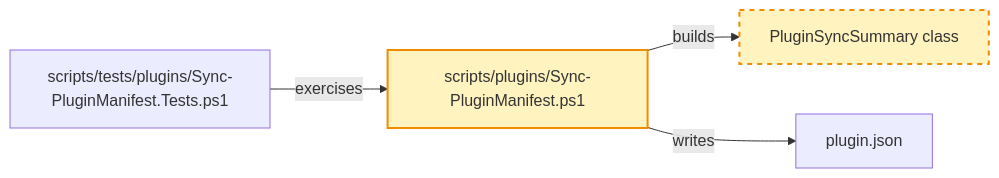
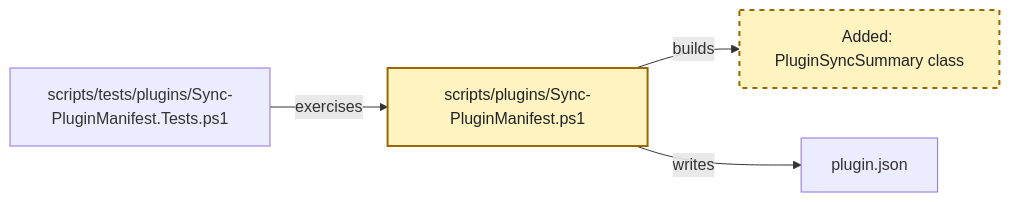
One commit to asiapartners/hve-innovation changed the diagram in .github/skills/rpi/rpi-plan/references/planning.md. Above: the diagram before and after it, drawn with Mermaid. The commit also changed other lines of this file and 701 other files, not shown here.

````diff
--- a/.github/skills/rpi/rpi-plan/references/planning.md
+++ b/.github/skills/rpi/rpi-plan/references/planning.md
@@ -267,14 +305,15 @@
 ```mermaid
+%%{init: {"themeVariables": {"fontFamily": "Arial, Helvetica, sans-serif", "fontSize": "16px"}}}%%
 flowchart LR
     sync["scripts/plugins/Sync-PluginManifest.ps1"]
-    summary["PluginSyncSummary class"]
+    summary["Added: PluginSyncSummary class"]
     tests["scripts/tests/plugins/Sync-PluginManifest.Tests.ps1"]
     manifest["plugin.json"]
     sync -->|builds| summary
     sync -->|writes| manifest
     tests -->|exercises| sync
     classDef new stroke-dasharray: 5 5
-    classDef phase fill:#fff3bf,stroke:#f08c00,stroke-width:2px
+    classDef phase fill:#fff3bf,color:#1f2328,stroke:#9a6700,stroke-width:2px
     class summary new
     class sync,summary phase
 ```
````
